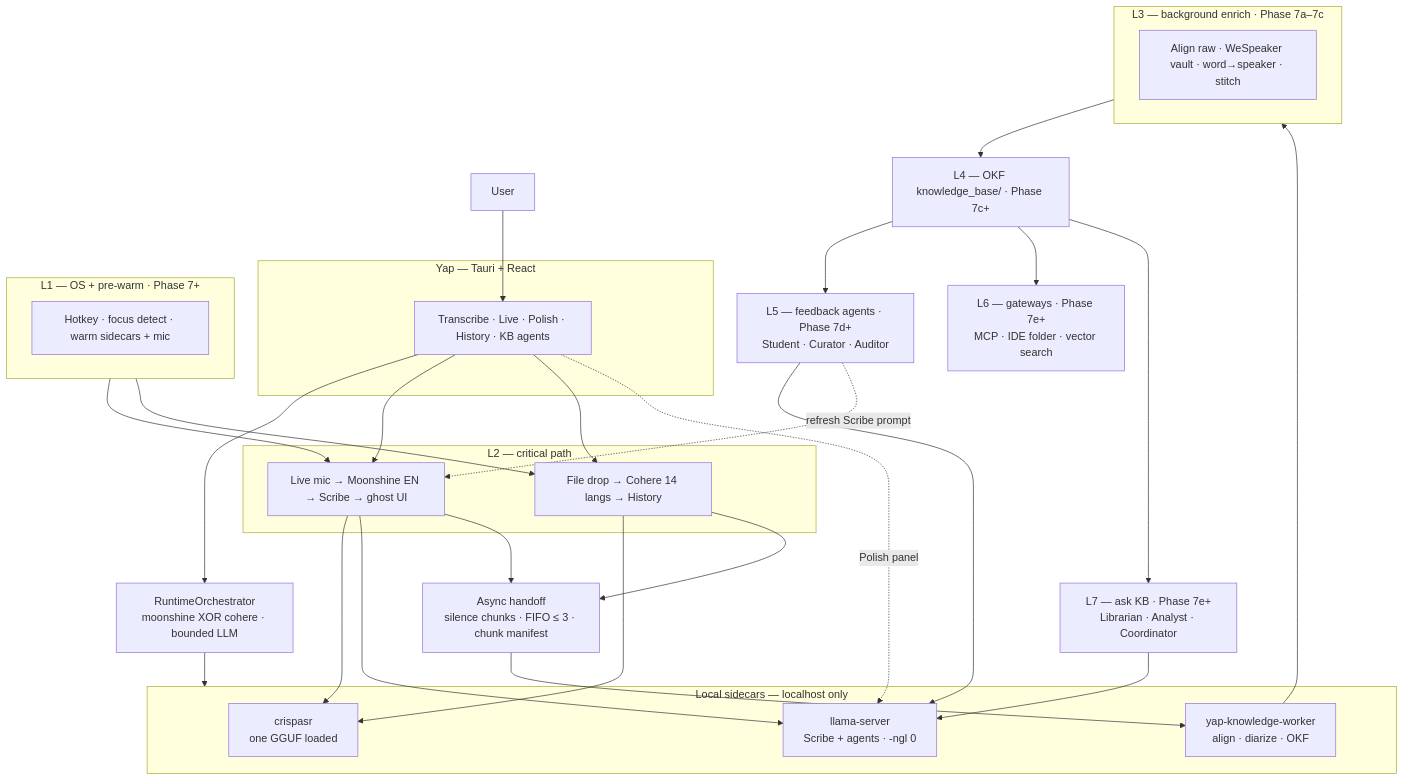
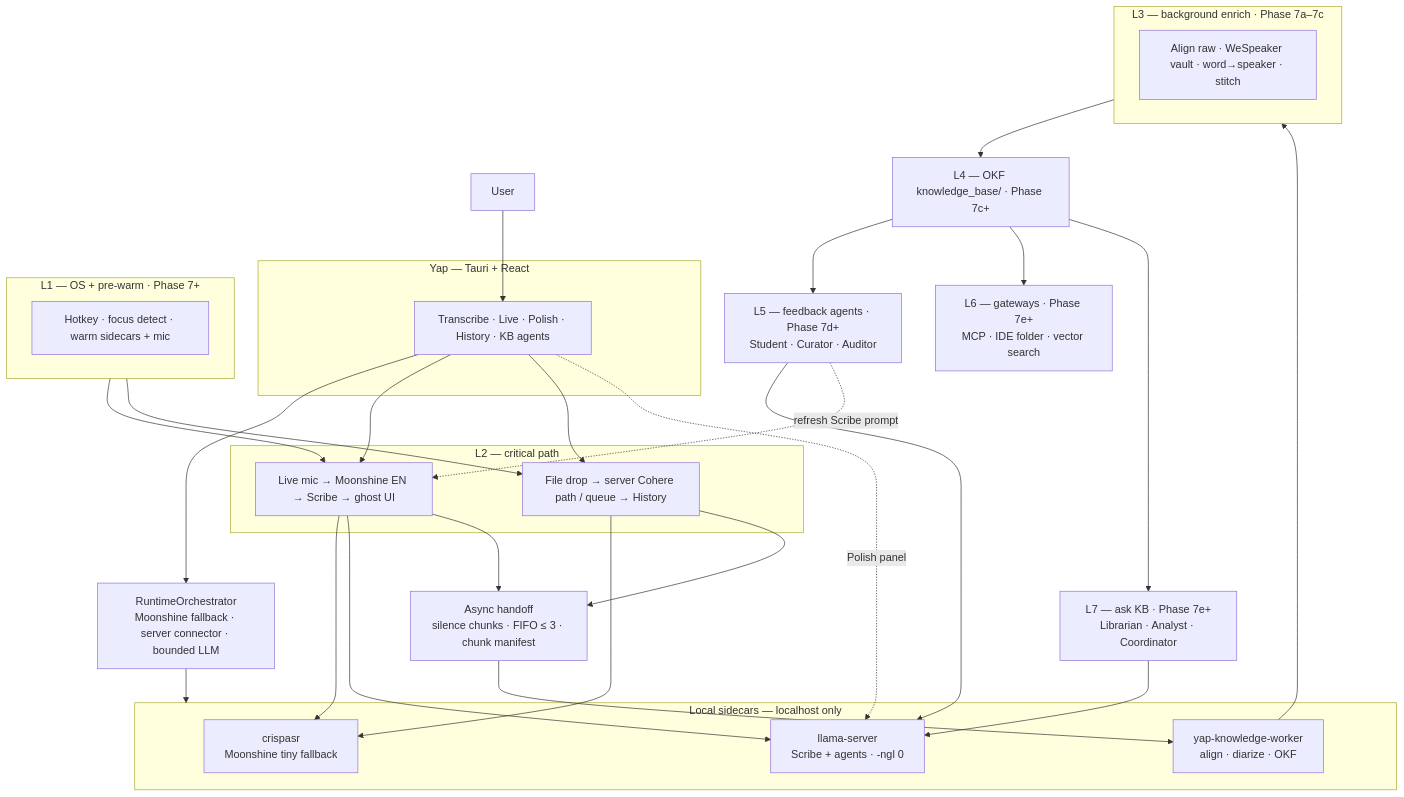
Before and after one commit to mcnatg1/yap: the first of 3 diagrams in docs/VOICE-OS-ARCHITECTURE.md, drawn with Mermaid. The commit also changed other lines of this file and 85 other files, not shown here.

First line of the commit message:
stt: Moonshine tiny local fallback foundation

````diff
--- a/docs/VOICE-OS-ARCHITECTURE.md
+++ b/docs/VOICE-OS-ARCHITECTURE.md
@@ -107,53 +107,53 @@
 ```mermaid
 flowchart TB
     User["User"]
 
     subgraph Yap["Yap — Tauri + React"]
         UI["Transcribe · Live · Polish · History · KB agents"]
     end
 
-    Orch["RuntimeOrchestrator<br/>moonshine XOR cohere · bounded LLM"]
+    Orch["RuntimeOrchestrator<br/>Moonshine fallback · server connector · bounded LLM"]
 
     subgraph Sidecars["Local sidecars — localhost only"]
-        CR["crispasr<br/>one GGUF loaded"]
+        CR["crispasr<br/>Moonshine tiny fallback"]
         LL["llama-server<br/>Scribe + agents · -ngl 0"]
         KW["yap-knowledge-worker<br/>align · diarize · OKF"]
     end
 
     subgraph L1["L1 — OS + pre-warm · Phase 7+"]
         L1n["Hotkey · focus detect · warm sidecars + mic"]
     end
 
     subgraph L2["L2 — critical path"]
         Live["Live mic → Moonshine EN → Scribe → ghost UI"]
-        Batch["File drop → Cohere 14 langs → History"]
+        Batch["File drop → server Cohere path / queue → History"]
     end
 
     Handoff["Async handoff<br/>silence chunks · FIFO ≤ 3 · chunk manifest"]
 
     subgraph L3["L3 — background enrich · Phase 7a–7c"]
         L3n["Align raw · WeSpeaker vault · word→speaker · stitch"]
     end
 
     L4["L4 — OKF knowledge_base/ · Phase 7c+"]
     L5["L5 — feedback agents · Phase 7d+<br/>Student · Curator · Auditor"]
     L6["L6 — gateways · Phase 7e+<br/>MCP · IDE folder · vector search"]
     L7["L7 — ask KB · Phase 7e+<br/>Librarian · Analyst · Coordinator"]
 
     User --> UI --> Orch
     Orch --> Sidecars
     L1 --> Live
     L1 --> Batch
     UI --> Live
     UI --> Batch
     Live --> CR & LL
     Batch --> CR
     UI -.->|Polish panel| LL
     Live --> Handoff
     Batch --> Handoff
     Handoff --> KW --> L3 --> L4
     L4 --> L5 & L6 & L7
     L5 --> LL
     L7 --> LL
     L5 -.->|refresh Scribe prompt| Live
 ```
````
